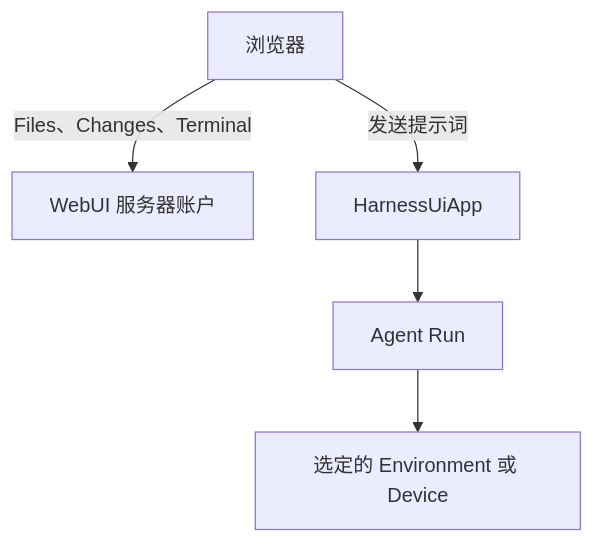
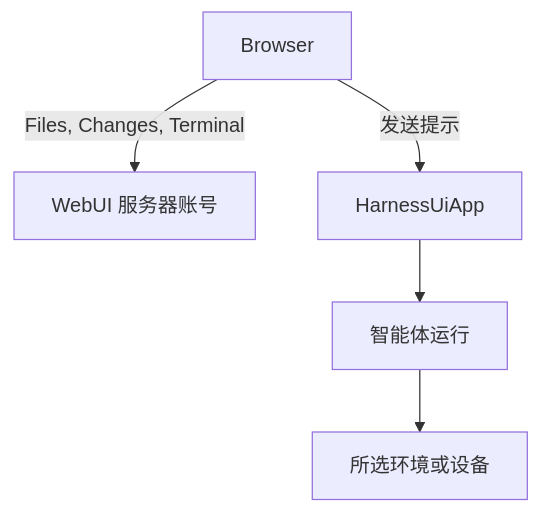
The diagram in docs/a13n-harness-ui/webui.zh-CN.md (converge-ai-labs/agent-foundation), drawn with Mermaid before and after one commit. The commit also changed other lines of this file and 8 other files, not shown here.

````diff
--- a/docs/a13n-harness-ui/webui.zh-CN.md
+++ b/docs/a13n-harness-ui/webui.zh-CN.md
@@ -43,10 +37,10 @@
 ```mermaid
 flowchart TB
-    Browser[浏览器] -->|Files、Changes、Terminal| Host[WebUI 服务器账户]
-    Browser -->|发送提示词| App[HarnessUiApp]
-    App --> Agent[Agent Run]
-    Agent --> Environment[选定的 Environment 或 Device]
+    Browser -->|Files, Changes, Terminal| Host[WebUI 服务器账号]
+    Browser -->|发送提示| App[HarnessUiApp]
+    App --> Agent[智能体运行]
+    Agent --> Environment[所选环境或设备]
 
     class Browser app
     class App,Agent a13n
 ```
````
